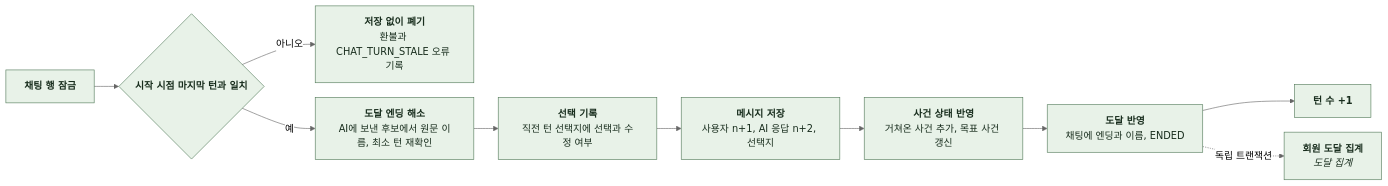
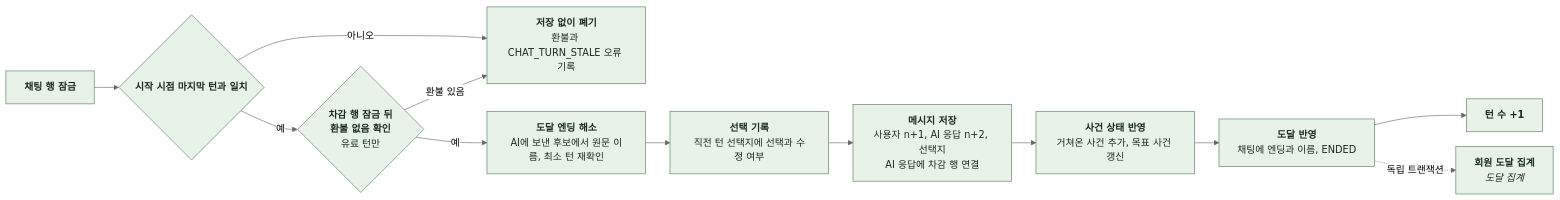
Diagram 11 of 15 in docs/domain/CHAT/BACKEND/4-1-PIPELINES.md (KIM-N-KANG/knk-harness), drawn with Mermaid (neutral theme) before and after one commit. The commit also changed other lines of this file and 27 other files, not shown here.

````diff
--- a/docs/domain/CHAT/BACKEND/4-1-PIPELINES.md
+++ b/docs/domain/CHAT/BACKEND/4-1-PIPELINES.md
@@ -478,22 +489,27 @@
 ```mermaid
 %%{init: {"flowchart": {"curve": "basis", "nodeSpacing": 24, "rankSpacing": 40}}}%%
 flowchart LR
     A["`**채팅 행 잠금**`"] --> V{"`**시작 시점 마지막 턴과 일치**`"}
     V -->|아니오| X["`**저장 없이 폐기**
 환불과 CHAT_TURN_STALE 오류 기록`"]
-    V -->|예| B["`**도달 엔딩 해소**
+    V -->|예| P{"`**차감 행 잠금 뒤
+환불 없음 확인**
+유료 턴만`"}
+    P -->|환불 있음| X
+    P -->|예| B["`**도달 엔딩 해소**
 AI에 보낸 후보에서 원문 이름, 최소 턴 재확인`"]
     B --> C["`**선택 기록**
 직전 턴 선택지에 선택과 수정 여부`"]
     C --> D["`**메시지 저장**
-사용자 n+1, AI 응답 n+2, 선택지`"]
+사용자 n+1, AI 응답 n+2, 선택지
+AI 응답에 차감 행 연결`"]
     D --> E["`**사건 상태 반영**
 거쳐온 사건 추가, 목표 사건 갱신`"]
     E --> F["`**도달 반영**
 채팅에 엔딩과 이름, ENDED`"]
     F --> G["`**턴 수 +1**`"]
     F -.->|독립 트랜잭션| H["`**회원 도달 집계**
 *도달 집계*`"]
     classDef comp fill:#E8F2E8,stroke:#527A59,color:#182D1D
-    class A,V,X,B,C,D,E,F,G,H comp
+    class A,V,X,P,B,C,D,E,F,G,H comp
 ```
````
